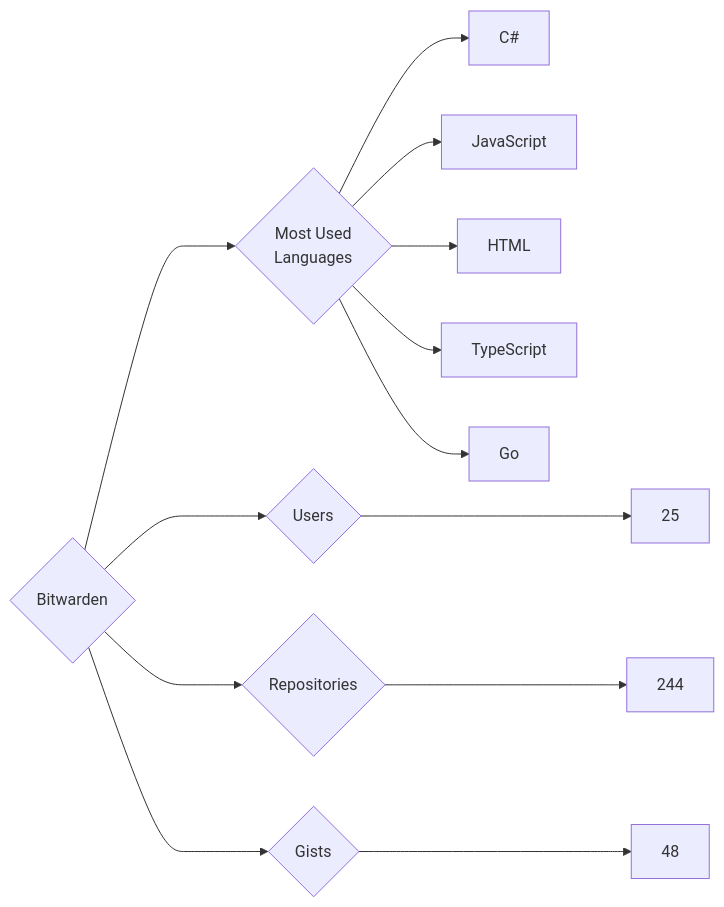
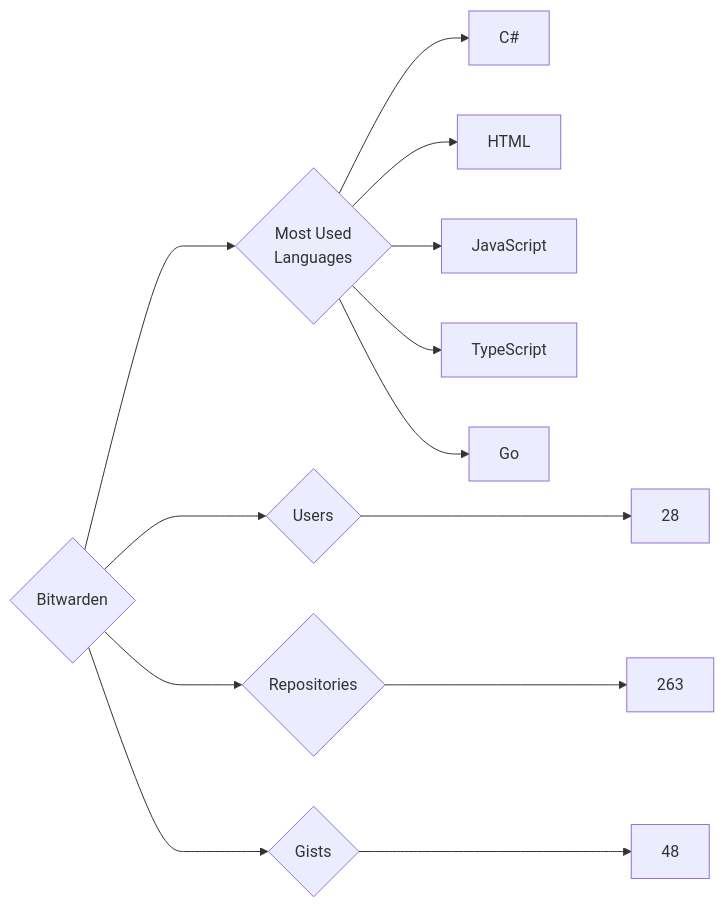
The diagram in targets/Bitwarden/README.md (trickest/insiders), drawn with Mermaid before and after one commit. The commit also changed 681 other files, not shown here.

````diff
--- a/targets/Bitwarden/README.md
+++ b/targets/Bitwarden/README.md
@@ -3,13 +3,13 @@
 ```mermaid
 graph LR
 COMPANY_NAME{Bitwarden}
-COMPANY_NAME ---> U{Users} ---> UN[25]
-COMPANY_NAME ---> R{Repositories} ---> RN[244]
+COMPANY_NAME ---> U{Users} ---> UN[28]
+COMPANY_NAME ---> R{Repositories} ---> RN[263]
 COMPANY_NAME ---> G{Gists} ---> GN[48]
 COMPANY_NAME ---> ML{Most Used<br>Languages}
 ML --> C#[C#]
+ML --> HTML[HTML]
 ML --> JavaScript[JavaScript]
-ML --> HTML[HTML]
 ML --> TypeScript[TypeScript]
 ML --> Go[Go]
 ```
````
